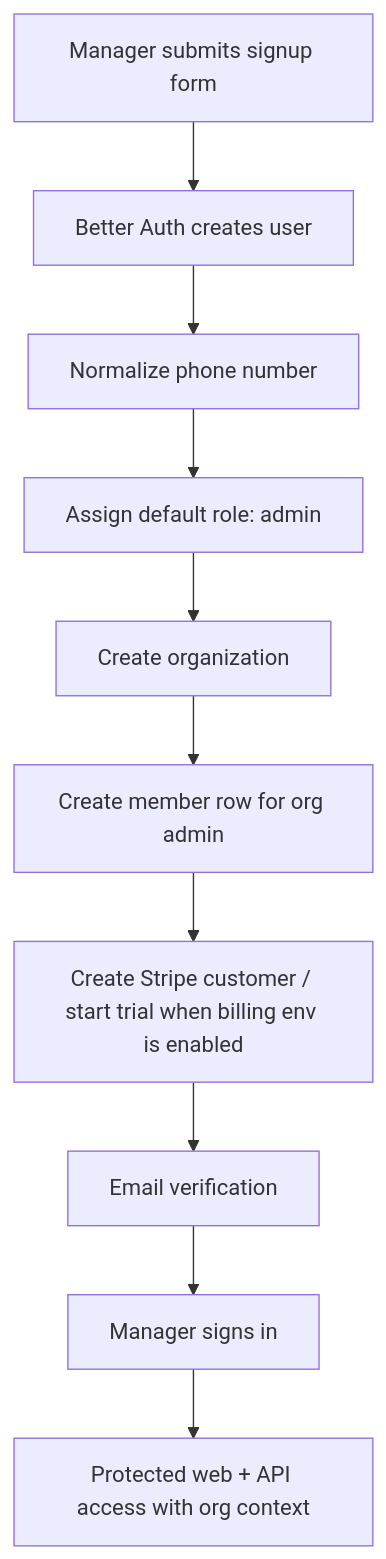
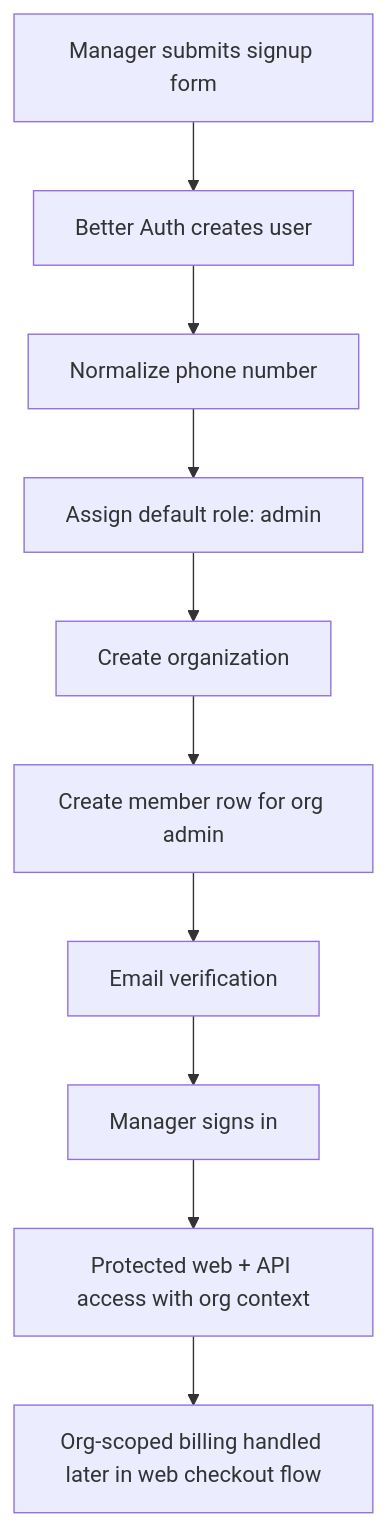
Before and after one commit to PavanAkurathi/pavn: the second of 3 diagrams in packages/auth/README.md, drawn with Mermaid. The commit also changed other lines of this file and 72 other files, not shown here.

````diff
--- a/packages/auth/README.md
+++ b/packages/auth/README.md
@@ -115,12 +115,12 @@
 ```mermaid
 flowchart TD
     A["Manager submits signup form"] --> B["Better Auth creates user"]
     B --> C["Normalize phone number"]
     C --> D["Assign default role: admin"]
     D --> E["Create organization"]
     E --> F["Create member row for org admin"]
-    F --> G["Create Stripe customer / start trial when billing env is enabled"]
-    G --> H["Email verification"]
-    H --> I["Manager signs in"]
-    I --> J["Protected web + API access with org context"]
+    F --> G["Email verification"]
+    G --> H["Manager signs in"]
+    H --> I["Protected web + API access with org context"]
+    I --> J["Org-scoped billing handled later in web checkout flow"]
 ```
````
